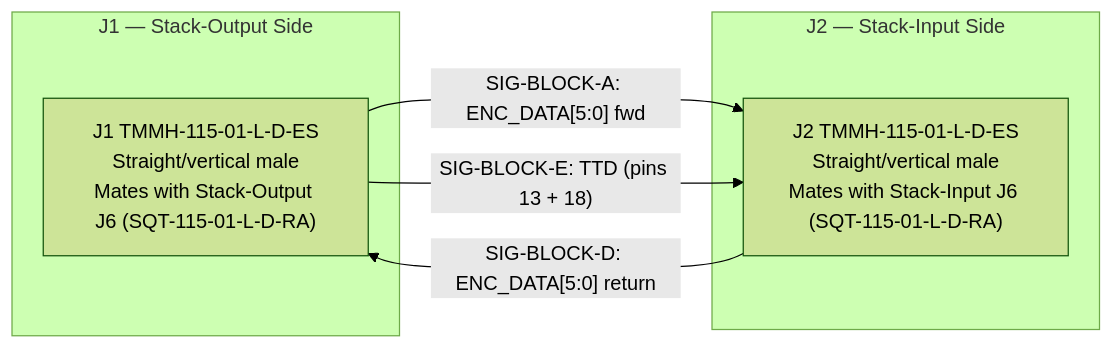
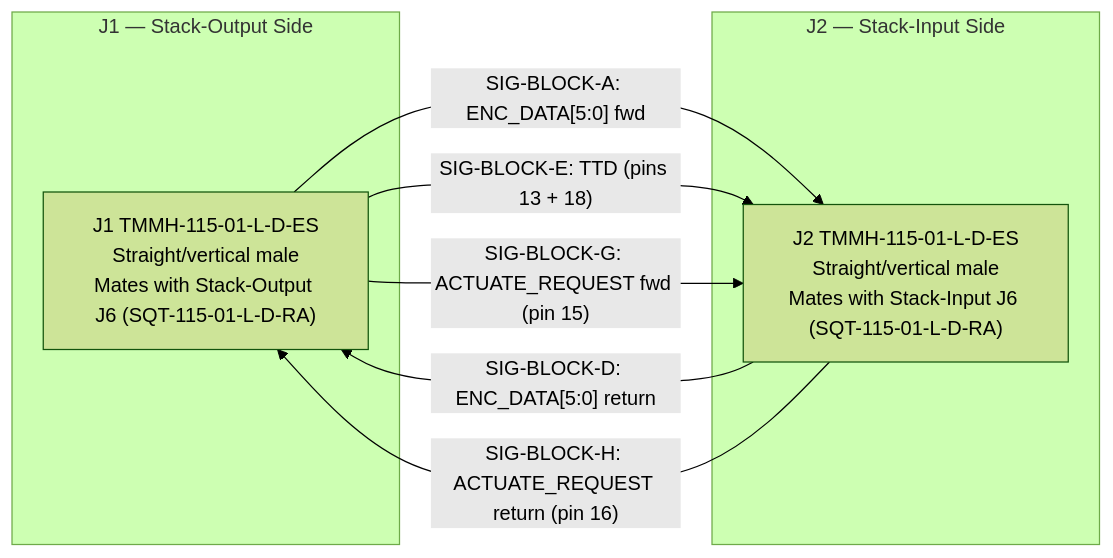
Before and after one commit to thepinkmile/Enigma-NG: the diagram in design/Electronics/Stack-Interposer/Design_Spec.md, drawn with Mermaid (forest theme). The commit also changed other lines of this file and 31 other files, not shown here.

First line of the commit message:
Finalize Cypher J3/J4 pinouts and ACTUATE_REQUEST signal routing

````diff
--- a/design/Electronics/Stack-Interposer/Design_Spec.md
+++ b/design/Electronics/Stack-Interposer/Design_Spec.md
@@ -56,14 +58,16 @@
 ```mermaid
 flowchart LR
   subgraph J1side["J1 — Stack-Output Side"]
     J1["J1 TMMH-115-01-L-D-ES\nStraight/vertical male\nMates with Stack-Output J6 (SQT-115-01-L-D-RA)"]
   end
 
   subgraph J2side["J2 — Stack-Input Side"]
     J2["J2 TMMH-115-01-L-D-ES\nStraight/vertical male\nMates with Stack-Input J6 (SQT-115-01-L-D-RA)"]
   end
 
   J1 -- "SIG-BLOCK-A: ENC_DATA[5:0] fwd" --> J2
   J2 -- "SIG-BLOCK-D: ENC_DATA[5:0] return" --> J1
   J1 -- "SIG-BLOCK-E: TTD (pins 13 + 18)" --> J2
+  J1 -- "SIG-BLOCK-G: ACTUATE_REQUEST fwd (pin 15)" --> J2
+  J2 -- "SIG-BLOCK-H: ACTUATE_REQUEST return (pin 16)" --> J1
 ```
````
